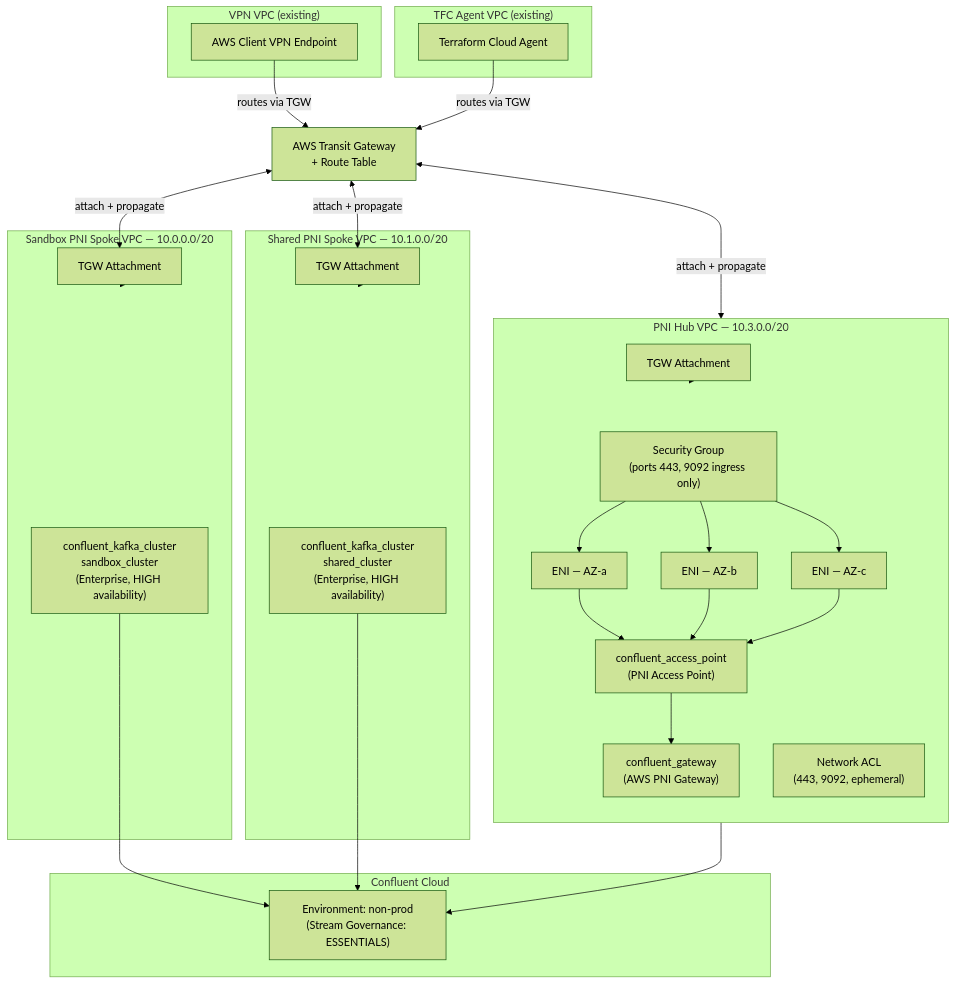
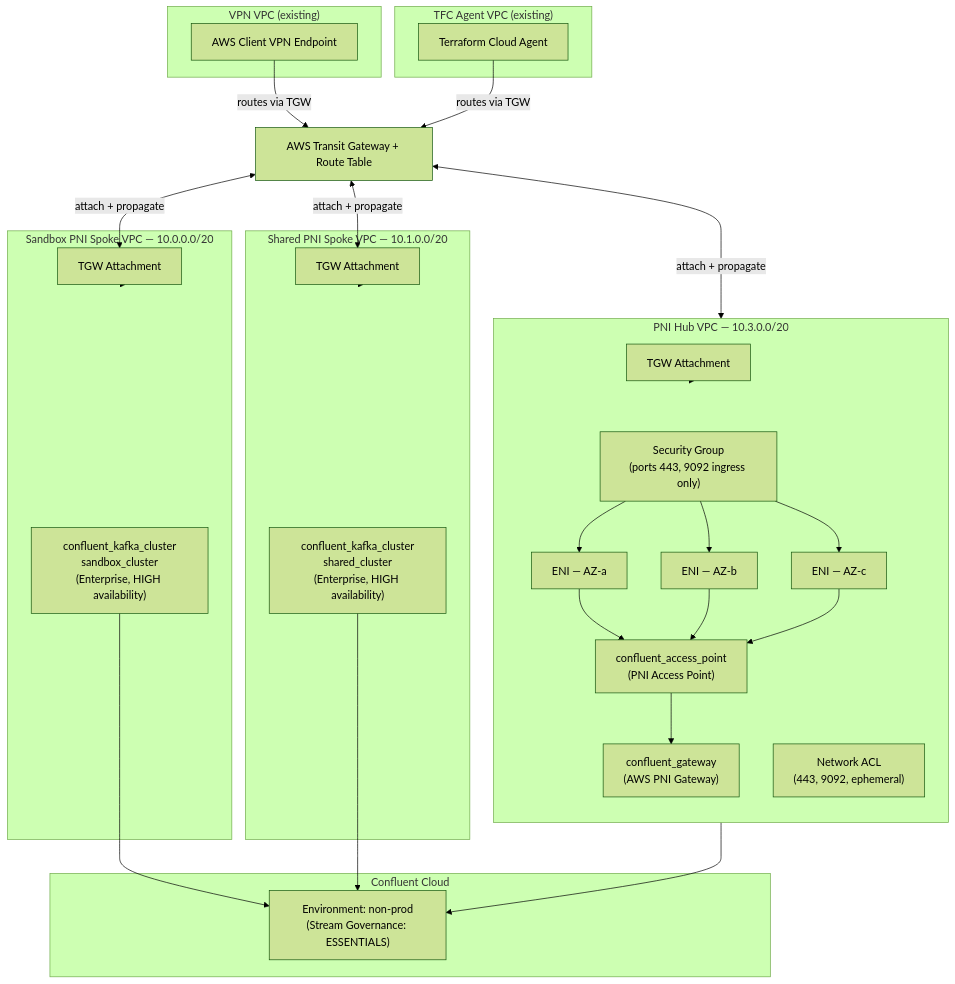
The first of 3 diagrams in README.md (j3-signalroom/iac-cc-aws_pni-infrastructure_networking-example), drawn with Mermaid (forest theme) before and after one commit. The commit also changed 1 other file, not shown here.

Commit message:
Resolved #50.

````diff
--- a/README.md
+++ b/README.md
@@ -52,53 +52,53 @@
 ```mermaid
 flowchart TD
     subgraph VPN["VPN VPC (existing)"]
         CVE["AWS Client VPN Endpoint"]
     end
 
     subgraph TFC_AGENT["TFC Agent VPC (existing)"]
         AGENT["Terraform Cloud Agent"]
     end
 
-    TGW["AWS Transit Gateway\n+ Route Table"]
+    TGW["AWS Transit Gateway + Route Table"]
 
     subgraph PNI_HUB["PNI Hub VPC — 10.3.0.0/20"]
         direction TB
         SG["Security Group\n(ports 443, 9092 ingress only)"]
         NACL["Network ACL\n(443, 9092, ephemeral)"]
         ENI1["ENI — AZ-a"]
         ENI2["ENI — AZ-b"]
         ENI3["ENI — AZ-c"]
         TGW_ATT_HUB["TGW Attachment"]
         GW["confluent_gateway\n(AWS PNI Gateway)"]
         AP["confluent_access_point\n(PNI Access Point)"]
         SG --> ENI1 & ENI2 & ENI3
         ENI1 & ENI2 & ENI3 --> AP
         AP --> GW
     end
 
     subgraph SANDBOX_SPOKE["Sandbox PNI Spoke VPC — 10.0.0.0/20"]
         TGW_ATT_SB["TGW Attachment"]
         SK_CLUSTER["confluent_kafka_cluster\nsandbox_cluster\n(Enterprise, HIGH availability)"]
     end
 
     subgraph SHARED_SPOKE["Shared PNI Spoke VPC — 10.1.0.0/20"]
         TGW_ATT_SH["TGW Attachment"]
         SH_CLUSTER["confluent_kafka_cluster\nshared_cluster\n(Enterprise, HIGH availability)"]
     end
 
     subgraph CONFLUENT_CLOUD["Confluent Cloud"]
         ENV["Environment: non-prod\n(Stream Governance: ESSENTIALS)"]
         GW --> ENV
         SK_CLUSTER --> ENV
         SH_CLUSTER --> ENV
     end
 
     CVE -->|"routes via TGW"| TGW
     AGENT -->|"routes via TGW"| TGW
     TGW <-->|"attach + propagate"| TGW_ATT_HUB
     TGW <-->|"attach + propagate"| TGW_ATT_SB
     TGW <-->|"attach + propagate"| TGW_ATT_SH
     TGW_ATT_HUB --> PNI_HUB
     TGW_ATT_SB --> SANDBOX_SPOKE
     TGW_ATT_SH --> SHARED_SPOKE
 ```
````
